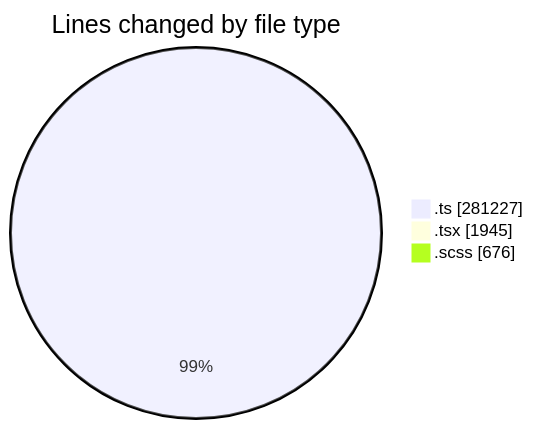
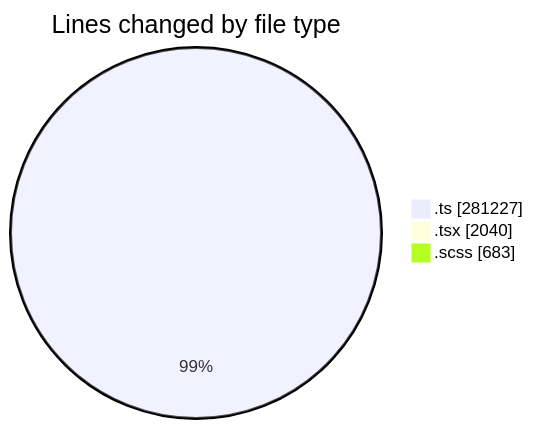
The first of 2 diagrams in 2025-08-22/cda/README.md (momahboobian/code-tracking), drawn with Mermaid before and after one commit. The commit also changed other lines of this file and 1 other file, not shown here.

````diff
--- a/2025-08-22/cda/README.md
+++ b/2025-08-22/cda/README.md
@@ -42,7 +42,7 @@
 ```mermaid
 pie showData
 title Lines changed by file type
 ".ts" : 281227
-".tsx" : 1945
-".scss" : 676
+".tsx" : 2040
+".scss" : 683
 ```
````
